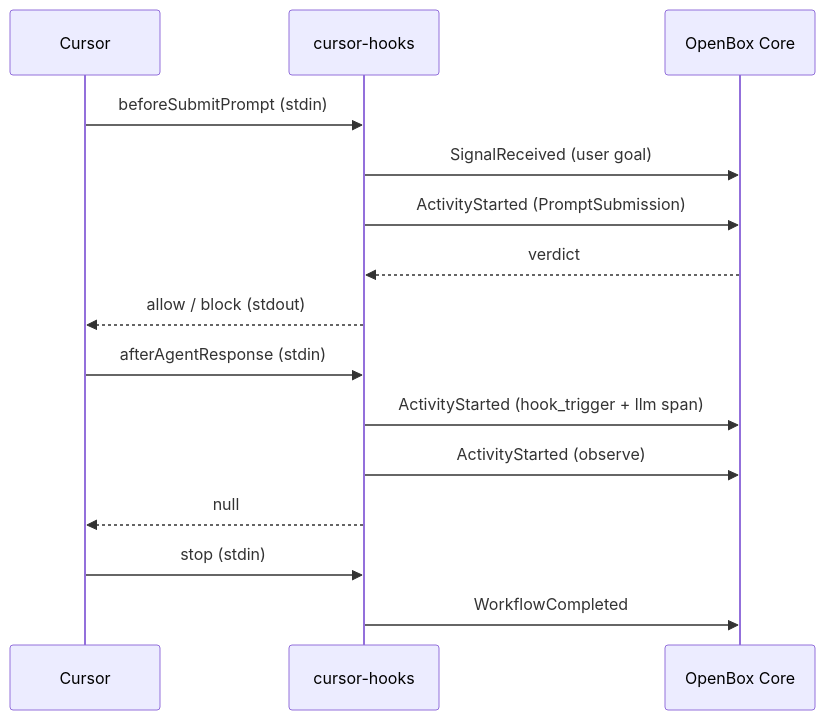
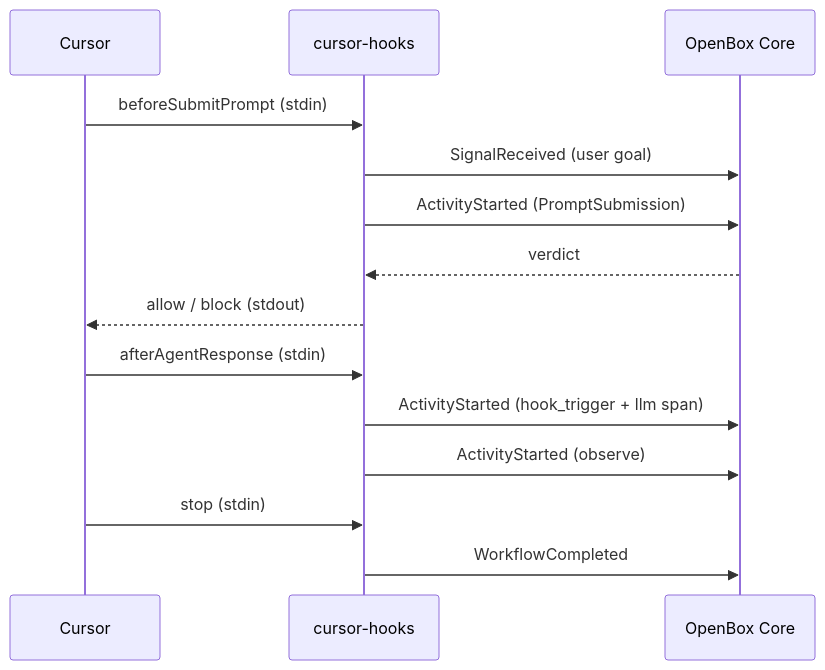
Before and after one commit to OpenBox-AI/openbox-document: the diagram in website/docs/developer-guide/cursor-hooks/index.md, drawn with Mermaid.

Commit message:
fix: remove null from diagram

````diff
--- a/website/docs/developer-guide/cursor-hooks/index.md
+++ b/website/docs/developer-guide/cursor-hooks/index.md
@@ -19,20 +19,19 @@
 ```mermaid
 sequenceDiagram
     participant C as Cursor
     participant H as cursor-hooks
     participant O as OpenBox Core
 
     C->>H: beforeSubmitPrompt (stdin)
     H->>O: SignalReceived (user goal)
     H->>O: ActivityStarted (PromptSubmission)
     O-->>H: verdict
     H-->>C: allow / block (stdout)
 
     C->>H: afterAgentResponse (stdin)
     H->>O: ActivityStarted (hook_trigger + llm span)
     H->>O: ActivityStarted (observe)
-    H-->>C: null
 
     C->>H: stop (stdin)
     H->>O: WorkflowCompleted
 ```
````
